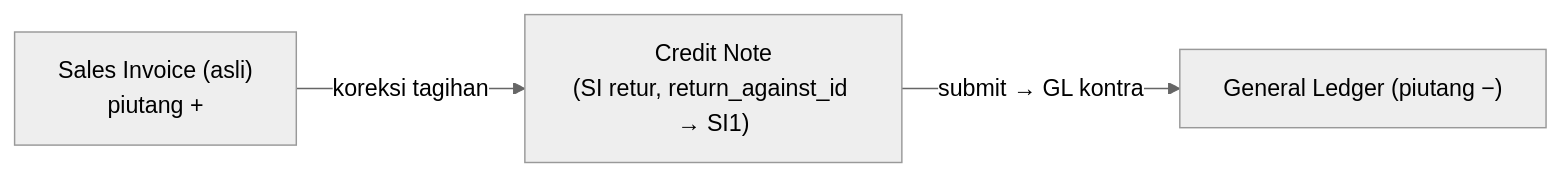
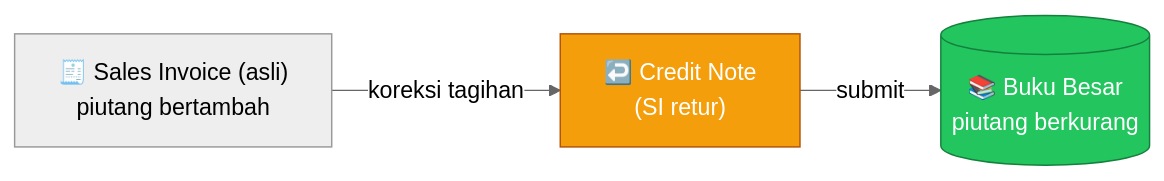
One commit to RimbunCode/erp_pataya changed the second of 4 diagrams in docs/tutorials/retur.md. Above: the diagram before and after it, drawn with Mermaid (neutral theme). The commit also changed other lines of this file and 14 other files, not shown here.

````diff
--- a/docs/tutorials/retur.md
+++ b/docs/tutorials/retur.md
@@ -60,5 +64,8 @@
 ```mermaid
 flowchart LR
-    SI1["Sales Invoice (asli)<br/>piutang +"] -->|"koreksi tagihan"| SI2["Credit Note<br/>(SI retur, return_against_id → SI1)"]
-    SI2 -->|"submit → GL kontra"| GL["General Ledger (piutang −)"]
+    SI1["🧾 Sales Invoice (asli)<br/>piutang bertambah"] -->|"koreksi tagihan"| SI2["↩️ Credit Note<br/>(SI retur)"]
+    SI2 -->|"submit"| GL[("📚 Buku Besar<br/>piutang berkurang")]
+
+    style SI2 fill:#f59e0b,stroke:#b45309,color:#fff
+    style GL fill:#22c55e,stroke:#15803d,color:#fff
 ```
````
